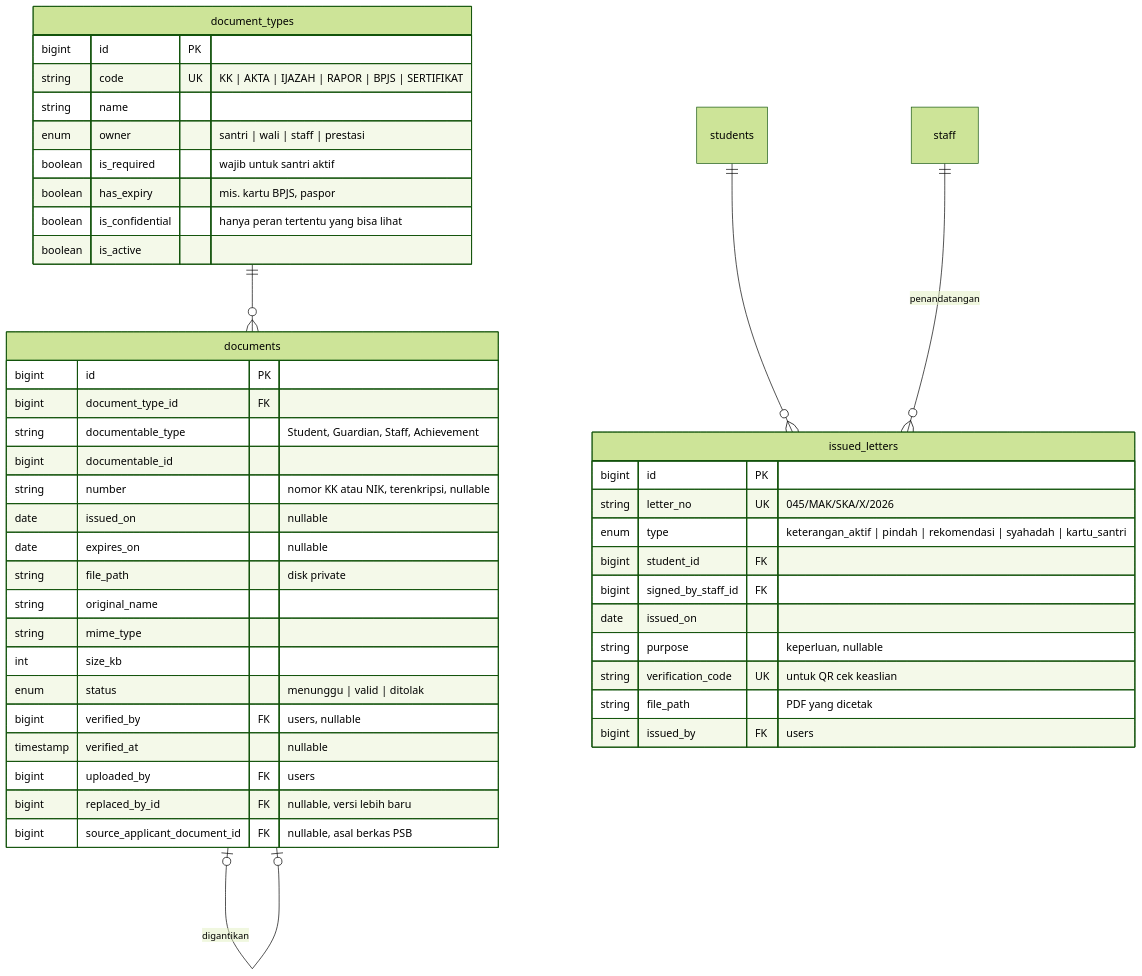
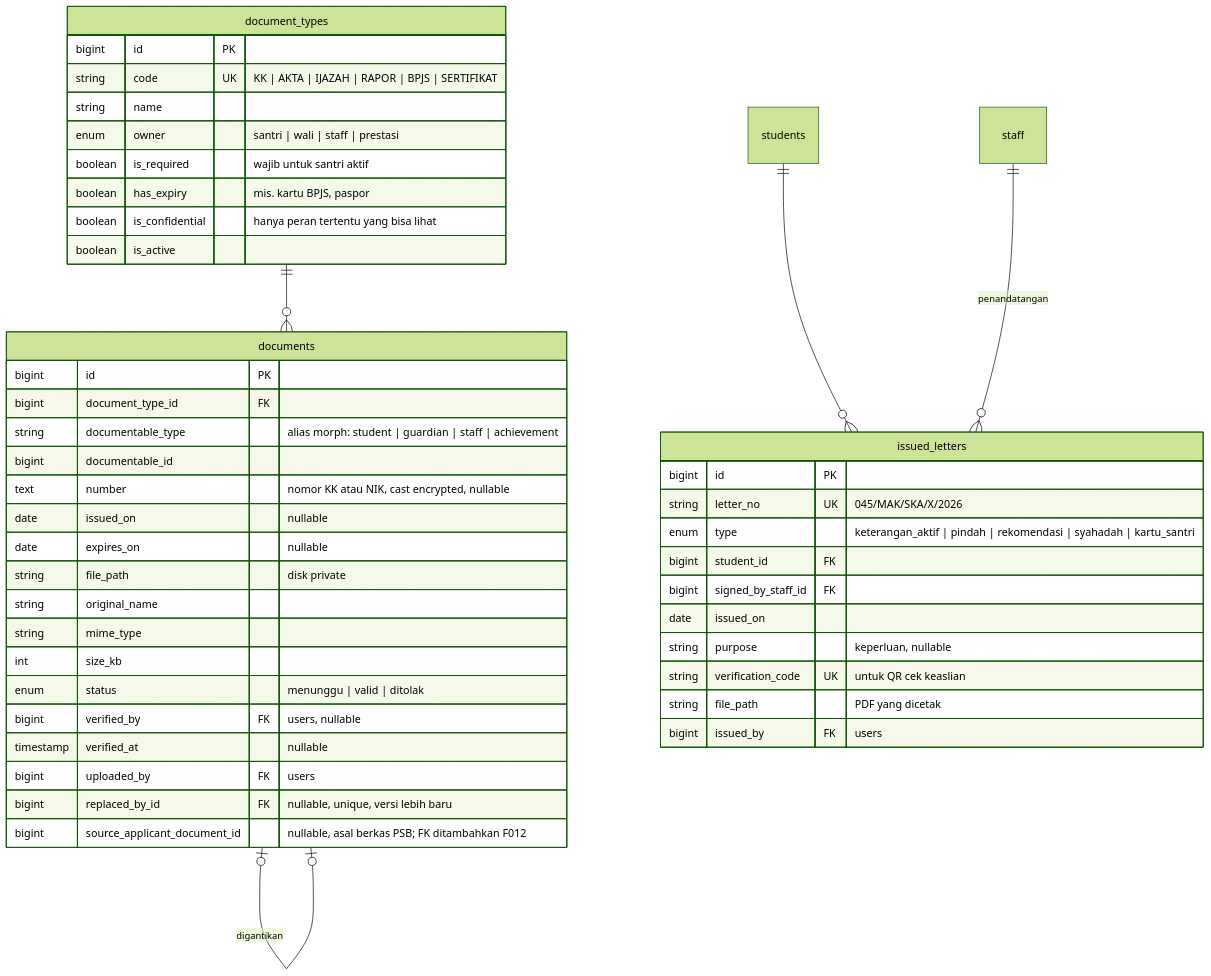
One commit to dankedev/pondok changed the sixth of 11 diagrams in docs/erd.md. Above: the diagram before and after it, drawn with Mermaid (forest theme). The commit also changed other lines of this file and 2 other files, not shown here.

Commit message:
docs(dokumen): rencana F013 repositori dokumen

````diff
--- a/docs/erd.md
+++ b/docs/erd.md
@@ -384,49 +384,49 @@
 ```mermaid
 erDiagram
   document_types {
     bigint id PK
     string code UK "KK | AKTA | IJAZAH | RAPOR | BPJS | SERTIFIKAT"
     string name
     enum owner "santri | wali | staff | prestasi"
     boolean is_required "wajib untuk santri aktif"
     boolean has_expiry "mis. kartu BPJS, paspor"
     boolean is_confidential "hanya peran tertentu yang bisa lihat"
     boolean is_active
   }
   documents {
     bigint id PK
     bigint document_type_id FK
-    string documentable_type "Student, Guardian, Staff, Achievement"
+    string documentable_type "alias morph: student | guardian | staff | achievement"
     bigint documentable_id
-    string number "nomor KK atau NIK, terenkripsi, nullable"
+    text number "nomor KK atau NIK, cast encrypted, nullable"
     date issued_on "nullable"
     date expires_on "nullable"
     string file_path "disk private"
     string original_name
     string mime_type
     int size_kb
     enum status "menunggu | valid | ditolak"
     bigint verified_by FK "users, nullable"
     timestamp verified_at "nullable"
     bigint uploaded_by FK "users"
-    bigint replaced_by_id FK "nullable, versi lebih baru"
-    bigint source_applicant_document_id FK "nullable, asal berkas PSB"
+    bigint replaced_by_id FK "nullable, unique, versi lebih baru"
+    bigint source_applicant_document_id "nullable, asal berkas PSB; FK ditambahkan F012"
   }
   issued_letters {
     bigint id PK
     string letter_no UK "045/MAK/SKA/X/2026"
     enum type "keterangan_aktif | pindah | rekomendasi | syahadah | kartu_santri"
     bigint student_id FK
     bigint signed_by_staff_id FK
     date issued_on
     string purpose "keperluan, nullable"
     string verification_code UK "untuk QR cek keaslian"
     string file_path "PDF yang dicetak"
     bigint issued_by FK "users"
   }
   document_types ||--o{ documents : ""
   documents |o--o| documents : "digantikan"
   students ||--o{ issued_letters : ""
   staff ||--o{ issued_letters : "penandatangan"
   
 ```
````
